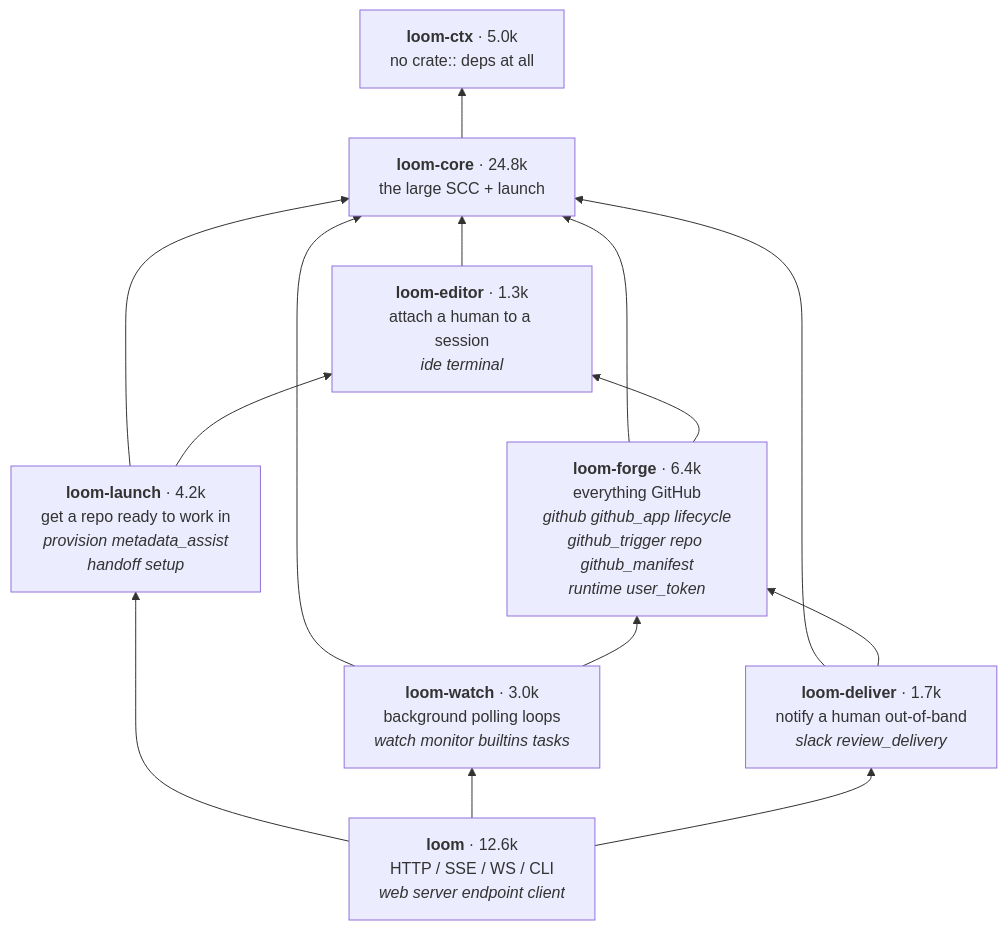
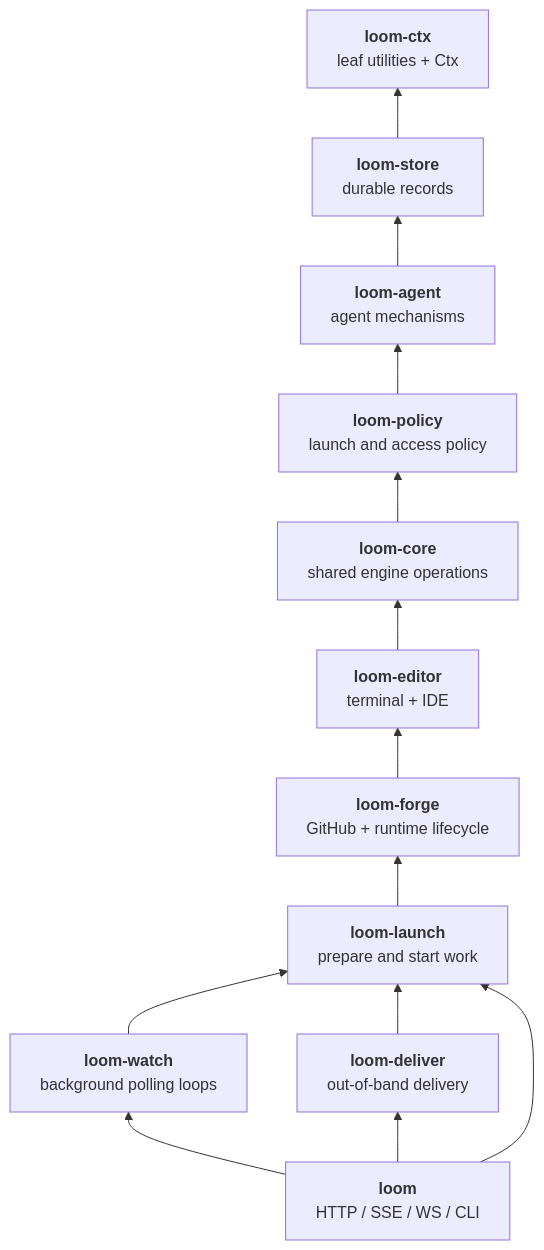
One commit to marin-community/loom changed the diagram in docs/crate-layering.md. Above: the diagram before and after it, drawn with Mermaid. The commit also changed other lines of this file and 135 other files, not shown here.

Commit message:
refactor(loom): complete crate layering split

````diff
--- a/docs/crate-layering.md
+++ b/docs/crate-layering.md
@@ -84,25 +59,27 @@
 ```mermaid
 graph BT
-  ctx["<b>loom-ctx</b> · 5.0k<br/>no crate:: deps at all"]
-  core["<b>loom-core</b> · 24.8k<br/>the large SCC + launch"]
-  editor["<b>loom-editor</b> · 1.3k<br/>attach a human to a session<br/><i>ide terminal</i>"]
-  forge["<b>loom-forge</b> · 6.4k<br/>everything GitHub<br/><i>github github_app lifecycle<br/>github_trigger repo github_manifest<br/>runtime user_token</i>"]
-  launch["<b>loom-launch</b> · 4.2k<br/>get a repo ready to work in<br/><i>provision metadata_assist<br/>handoff setup</i>"]
-  watch["<b>loom-watch</b> · 3.0k<br/>background polling loops<br/><i>watch monitor builtins tasks</i>"]
-  deliver["<b>loom-deliver</b> · 1.7k<br/>notify a human out-of-band<br/><i>slack review_delivery</i>"]
-  loom["<b>loom</b> · 12.6k<br/>HTTP / SSE / WS / CLI<br/><i>web server endpoint client</i>"]
+  ctx["<b>loom-ctx</b><br/>leaf utilities + Ctx"]
+  store["<b>loom-store</b><br/>durable records"]
+  agent["<b>loom-agent</b><br/>agent mechanisms"]
+  policy["<b>loom-policy</b><br/>launch and access policy"]
+  core["<b>loom-core</b><br/>shared engine operations"]
+  editor["<b>loom-editor</b><br/>terminal + IDE"]
+  forge["<b>loom-forge</b><br/>GitHub + runtime lifecycle"]
+  launch["<b>loom-launch</b><br/>prepare and start work"]
+  watch["<b>loom-watch</b><br/>background polling loops"]
+  deliver["<b>loom-deliver</b><br/>out-of-band delivery"]
+  loom["<b>loom</b><br/>HTTP / SSE / WS / CLI"]
 
-  core --> ctx
+  store --> ctx
+  agent --> store
+  policy --> agent
+  core --> policy
   editor --> core
-  forge --> core
   forge --> editor
-  launch --> core
-  launch --> editor
-  watch --> core
-  watch --> forge
-  deliver --> core
-  deliver --> forge
+  launch --> forge
+  watch --> launch
+  deliver --> launch
   loom --> launch
   loom --> watch
   loom --> deliver
 ```
````
